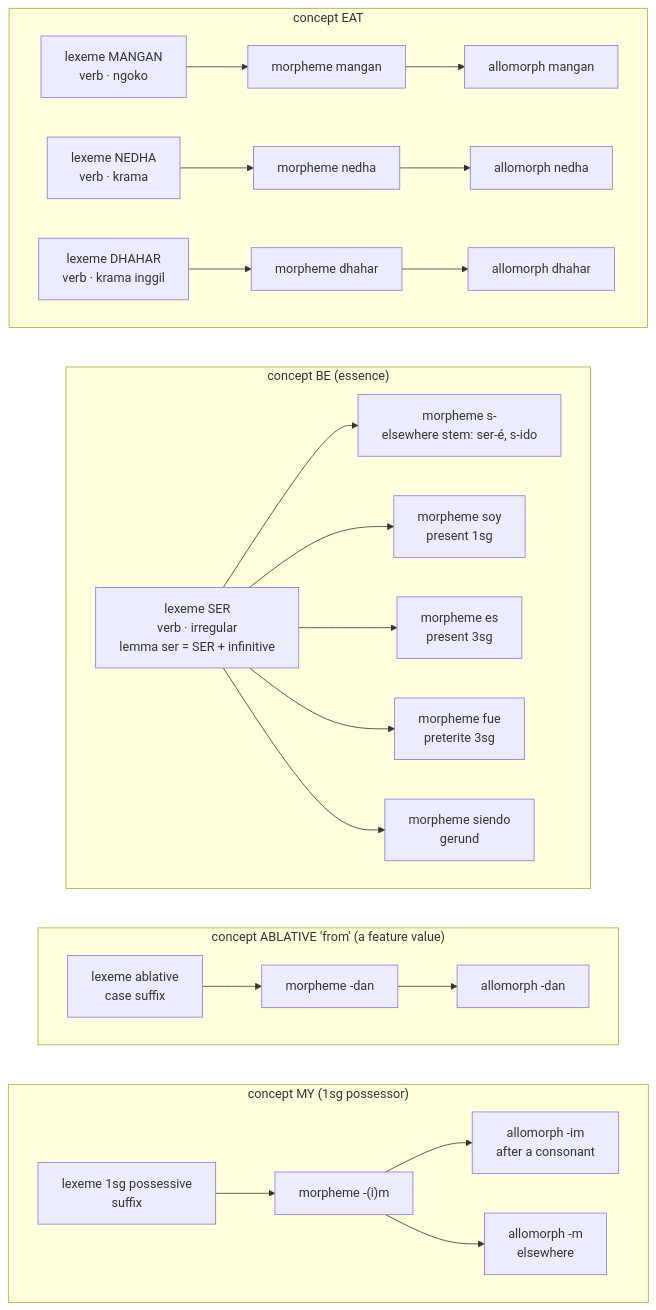
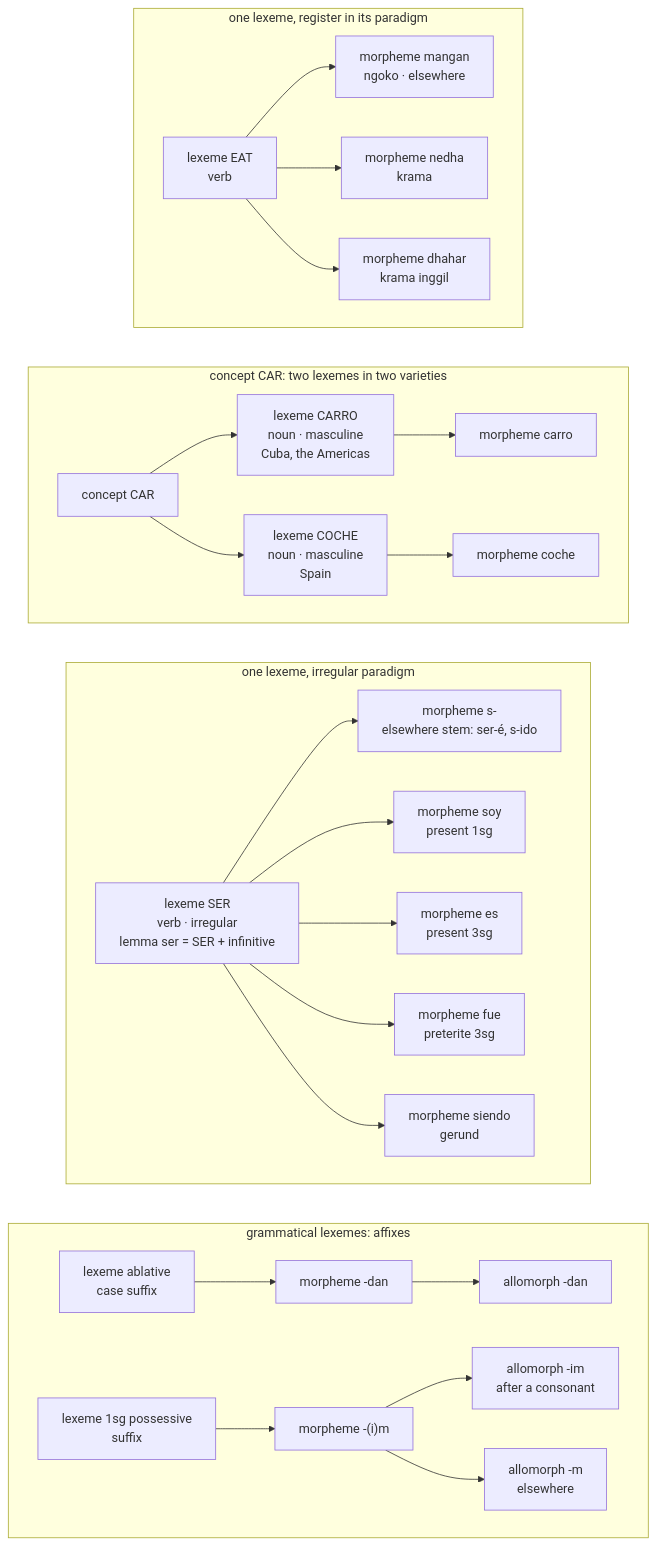
One commit to iwsfutcmd/nabu changed the second of 6 diagrams in docs/lexeme-model.md. Above: the diagram before and after it, drawn with Mermaid. The commit also changed other lines of this file and 1 other file, not shown here.

First line of the commit message:
docs: register in the paradigm, dialect as a variety scope, concepts across varieties; diagrams 1-2 redrawn

````diff
--- a/docs/lexeme-model.md
+++ b/docs/lexeme-model.md
@@ -91,30 +93,32 @@
 ```mermaid
 flowchart TB
-  subgraph EAT["concept EAT"]
+  subgraph EATG["one lexeme, register in its paradigm"]
     direction LR
-    L1["lexeme MANGAN<br/>verb · ngoko"] --> M1["morpheme mangan"] --> A1["allomorph mangan"]
-    L2["lexeme NEDHA<br/>verb · krama"] --> M2["morpheme nedha"] --> A2["allomorph nedha"]
-    L3["lexeme DHAHAR<br/>verb · krama inggil"] --> M3["morpheme dhahar"] --> A3["allomorph dhahar"]
+    L1["lexeme EAT<br/>verb"] --> M1["morpheme mangan<br/>ngoko · elsewhere"]
+    L1 --> M2["morpheme nedha<br/>krama"]
+    L1 --> M3["morpheme dhahar<br/>krama inggil"]
   end
-  subgraph BE["concept BE (essence)"]
+  subgraph CARG["concept CAR: two lexemes in two varieties"]
+    direction LR
+    C1["concept CAR"] --> L7["lexeme CARRO<br/>noun · masculine<br/>Cuba, the Americas"] --> M7["morpheme carro"]
+    C1 --> L8["lexeme COCHE<br/>noun · masculine<br/>Spain"] --> M8["morpheme coche"]
+  end
+  subgraph SERG["one lexeme, irregular paradigm"]
     direction LR
     L4["lexeme SER<br/>verb · irregular<br/>lemma ser = SER + infinitive"] --> M4a["morpheme s‑<br/>elsewhere stem: ser‑é, s‑ido"]
     L4 --> M4b["morpheme soy<br/>present 1sg"]
     L4 --> M4c["morpheme es<br/>present 3sg"]
     L4 --> M4d["morpheme fue<br/>preterite 3sg"]
     L4 --> M4e["morpheme siendo<br/>gerund"]
   end
-  subgraph ABL["concept ABLATIVE 'from' (a feature value)"]
+  subgraph AFFG["grammatical lexemes: affixes"]
     direction LR
     L5["lexeme ablative<br/>case suffix"] --> M5["morpheme ‑dan"] --> A5["allomorph ‑dan"]
-  end
-  subgraph POSS["concept MY (1sg possessor)"]
-    direction LR
     L6["lexeme 1sg possessive<br/>suffix"] --> M6["morpheme ‑(i)m"]
     M6 --> A6a["allomorph ‑im<br/>after a consonant"]
     M6 --> A6b["allomorph ‑m<br/>elsewhere"]
   end
-  EAT ~~~ BE
-  BE ~~~ ABL
-  ABL ~~~ POSS
+  EATG ~~~ CARG
+  CARG ~~~ SERG
+  SERG ~~~ AFFG
 ```
````
